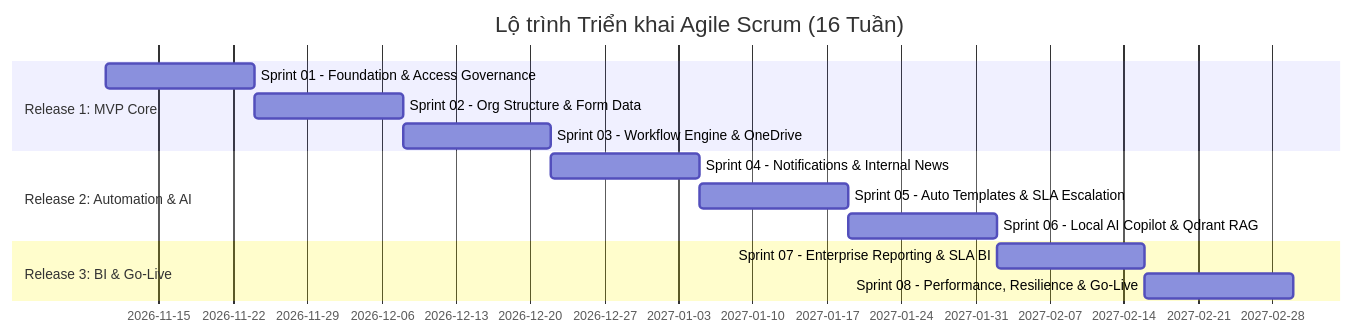
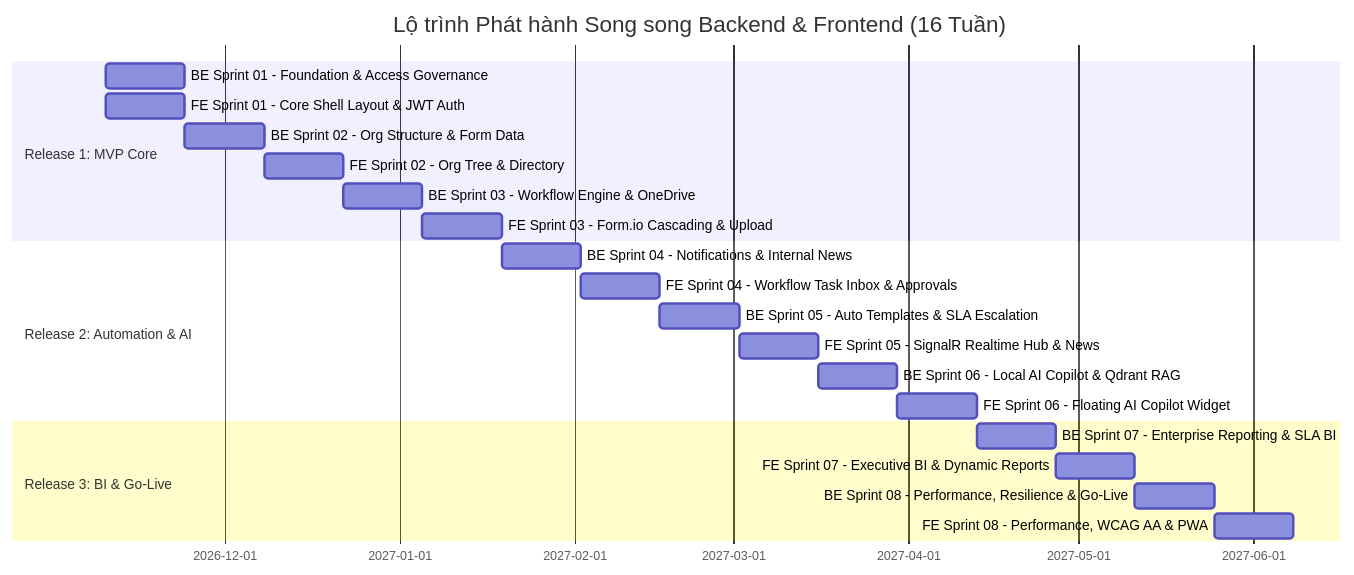
The diagram in plan/README.md (hhliem/TK.BPMN), drawn with Mermaid before and after one commit. The commit also changed other lines of this file and 9 other files, not shown here.

Commit message:
docs(plan): add Vue.js 3 frontend agile sprints and product backlog

````diff
--- a/plan/README.md
+++ b/plan/README.md
@@ -26,16 +28,27 @@
 ```mermaid
 gantt
-    title Lộ trình Triển khai Agile Scrum (16 Tuần)
+    title Lộ trình Phát hành Song song Backend & Frontend (16 Tuần)
     dateFormat  YYYY-MM-DD
+    
     section Release 1: MVP Core
-    Sprint 01 - Foundation & Access Governance :2026-11-10, 14d
-    Sprint 02 - Org Structure & Form Data       :14d
-    Sprint 03 - Workflow Engine & OneDrive       :14d
+    BE Sprint 01 - Foundation & Access Governance :2026-11-10, 14d
+    FE Sprint 01 - Core Shell Layout & JWT Auth   :2026-11-10, 14d
+    BE Sprint 02 - Org Structure & Form Data       :14d
+    FE Sprint 02 - Org Tree & Directory            :14d
+    BE Sprint 03 - Workflow Engine & OneDrive       :14d
+    FE Sprint 03 - Form.io Cascading & Upload      :14d
+    
     section Release 2: Automation & AI
-    Sprint 04 - Notifications & Internal News   :14d
-    Sprint 05 - Auto Templates & SLA Escalation :14d
-    Sprint 06 - Local AI Copilot & Qdrant RAG   :14d
+    BE Sprint 04 - Notifications & Internal News   :14d
+    FE Sprint 04 - Workflow Task Inbox & Approvals :14d
+    BE Sprint 05 - Auto Templates & SLA Escalation :14d
+    FE Sprint 05 - SignalR Realtime Hub & News     :14d
+    BE Sprint 06 - Local AI Copilot & Qdrant RAG   :14d
+    FE Sprint 06 - Floating AI Copilot Widget      :14d
+    
     section Release 3: BI & Go-Live
-    Sprint 07 - Enterprise Reporting & SLA BI   :14d
-    Sprint 08 - Performance, Resilience & Go-Live:14d
+    BE Sprint 07 - Enterprise Reporting & SLA BI   :14d
+    FE Sprint 07 - Executive BI & Dynamic Reports  :14d
+    BE Sprint 08 - Performance, Resilience & Go-Live:14d
+    FE Sprint 08 - Performance, WCAG AA & PWA      :14d
 ```
````
